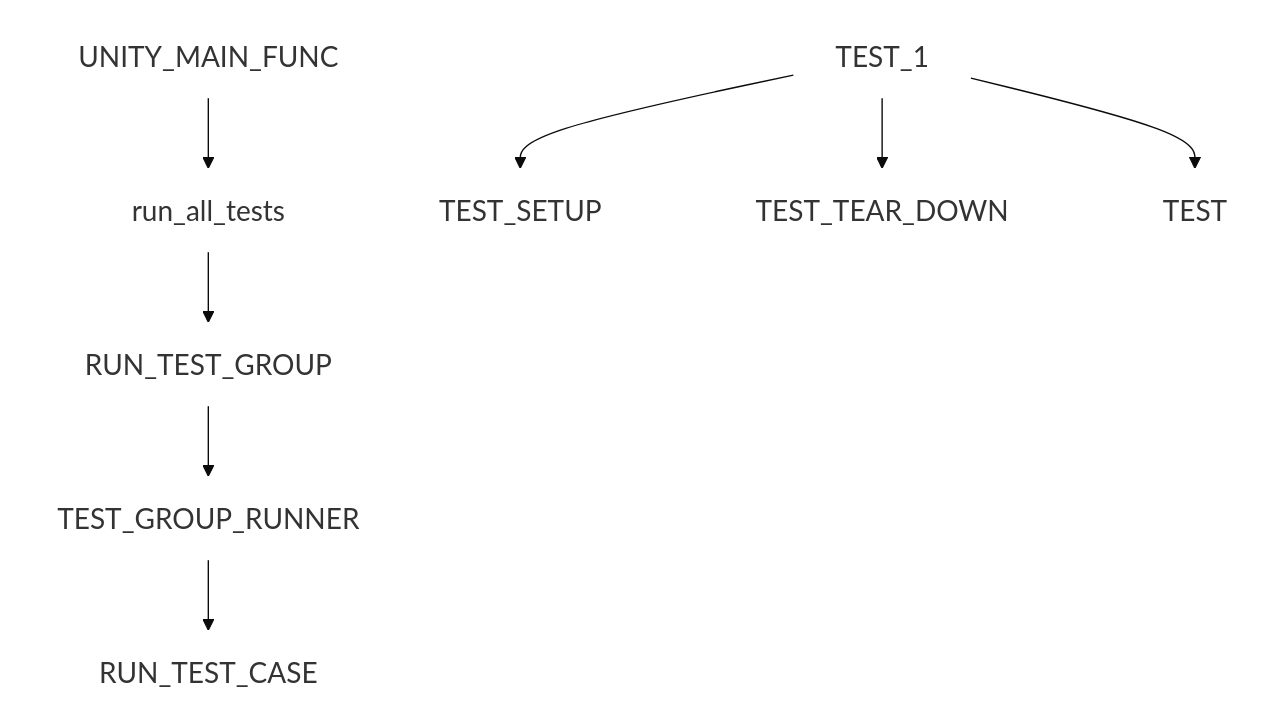
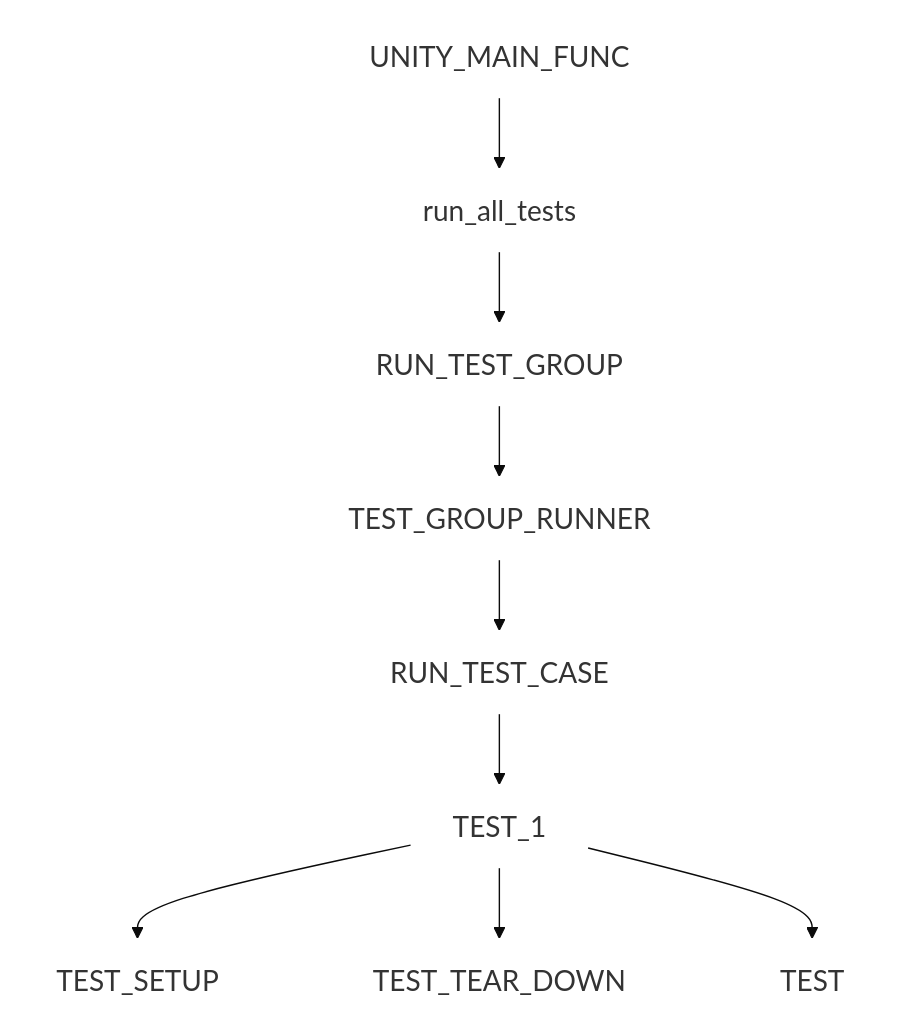
The diagram in testFixtures/README.md (segin-GH/TDD-4-Embedded), drawn with Mermaid before and after one commit.

````diff
--- a/testFixtures/README.md
+++ b/testFixtures/README.md
@@ -3,14 +3,15 @@
 ```mermaid
 %%{init: {'theme': 'base', 'themeVariables': { 'primaryColor': '#0000', 'edgeLabelBackground':'#ffffee','fontSize':'20px', 'tertiaryColor': '#fff0f0'}}}%%
 
 graph TD
 
 UNITY_MAIN_FUNC --> run_all_tests
 run_all_tests --> RUN_TEST_GROUP
 RUN_TEST_GROUP --> TEST_GROUP_RUNNER
 TEST_GROUP_RUNNER --> RUN_TEST_CASE
+RUN_TEST_CASE --> TEST_1
 TEST_1 --> TEST_SETUP
 TEST_1 --> TEST_TEAR_DOWN
 TEST_1 --> TEST
 
 ```
````
